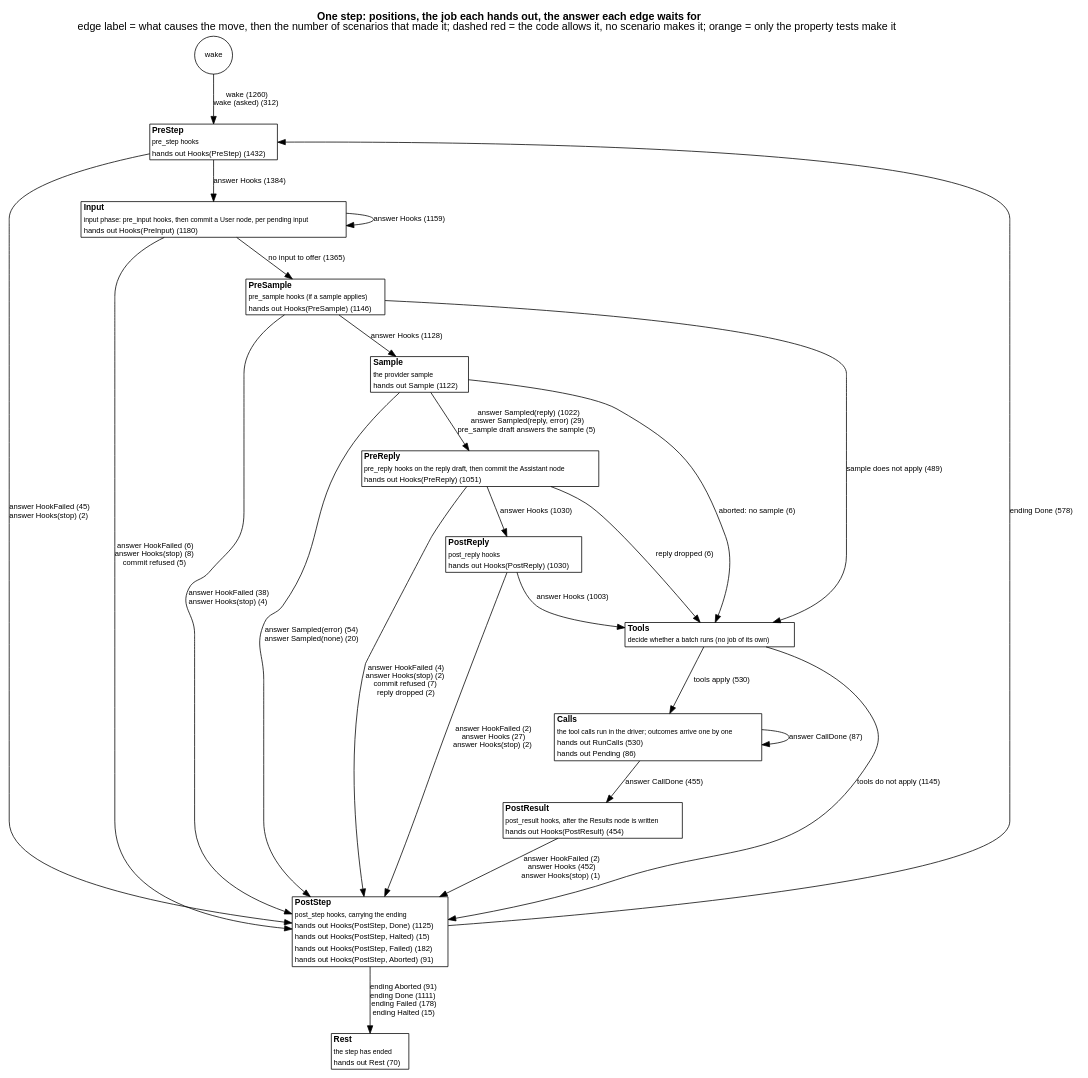
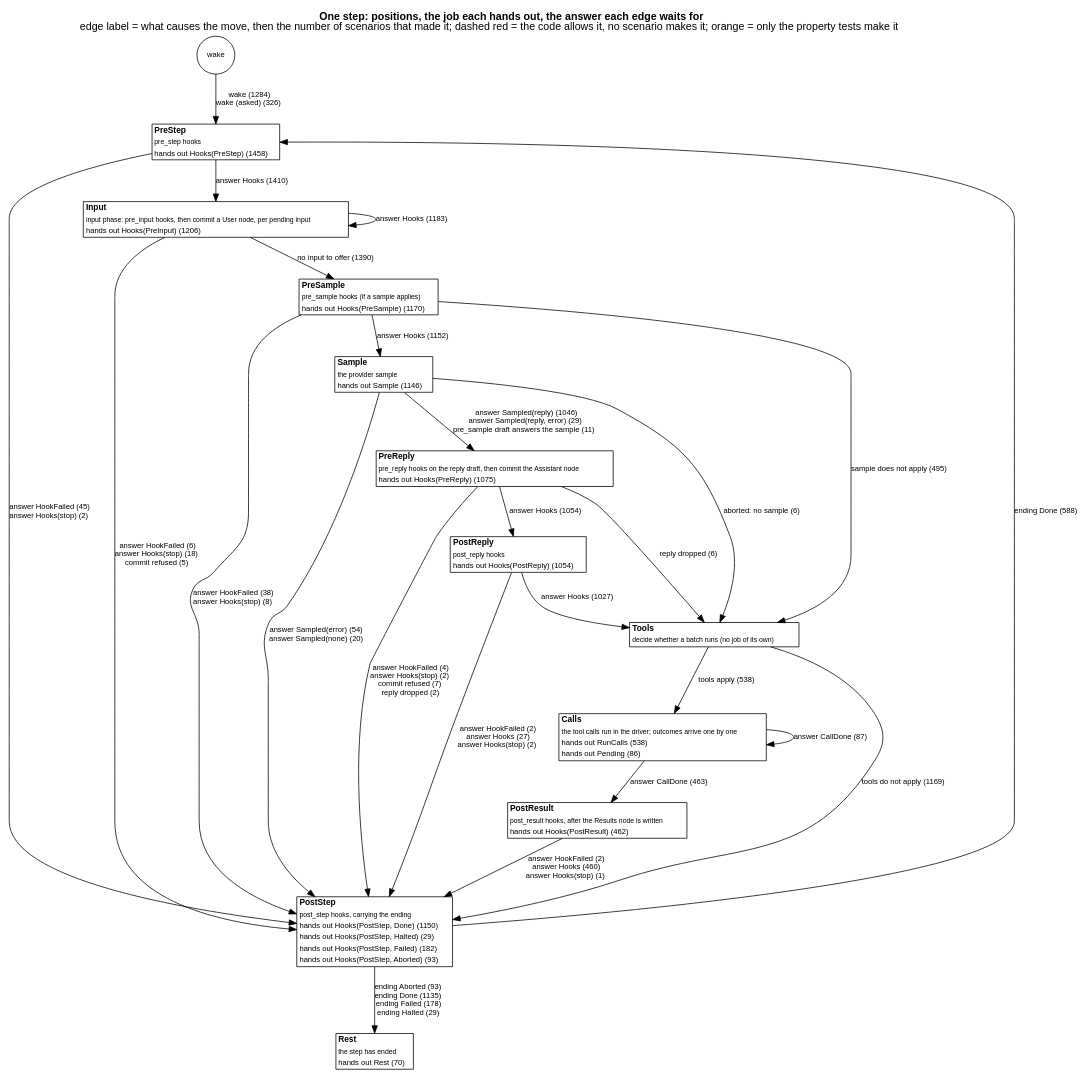
One commit to jmccardle/tau changed the diagram in docs/as-built/diagrams/step-positions.dot. Above: the diagram before and after it, drawn with Graphviz. The commit also changed 8 other files, not shown here.

```diff
--- a/docs/as-built/diagrams/step-positions.dot
+++ b/docs/as-built/diagrams/step-positions.dot
@@ -1,42 +1,42 @@
 // Generated by scripts/diagrams.sh from the test suites' transitions. Do not edit.
 digraph step_positions {
   graph [rankdir=TB, fontname="Helvetica", nodesep=0.5, ranksep=0.6, labelloc=t, label=<<b>One step: positions, the job each hands out, the answer each edge waits for</b><br/>edge label = what causes the move, then the number of scenarios that made it; dashed red = the code allows it, no scenario makes it; orange = only the property tests make it>];
   node [shape=plain, fontname="Helvetica", fontsize=11];
   edge [fontname="Helvetica", fontsize=10];
   "(wake)" [shape=circle, label="wake", fontsize=10];
-  "PreStep" [label=<<table border="1" cellborder="0" cellspacing="0" bgcolor="white"><tr><td align="left"><b>PreStep</b></td></tr><tr><td align="left"><font point-size="9">pre_step hooks</font></td></tr><tr><td align="left"><font color="black" point-size="10">hands out Hooks(PreStep) (1432)</font></td></tr></table>>];
-  "Input" [label=<<table border="1" cellborder="0" cellspacing="0" bgcolor="white"><tr><td align="left"><b>Input</b></td></tr><tr><td align="left"><font point-size="9">input phase: pre_input hooks, then commit a User node, per pending input</font></td></tr><tr><td align="left"><font color="black" point-size="10">hands out Hooks(PreInput) (1180)</font></td></tr></table>>];
-  "PreSample" [label=<<table border="1" cellborder="0" cellspacing="0" bgcolor="white"><tr><td align="left"><b>PreSample</b></td></tr><tr><td align="left"><font point-size="9">pre_sample hooks (if a sample applies)</font></td></tr><tr><td align="left"><font color="black" point-size="10">hands out Hooks(PreSample) (1146)</font></td></tr></table>>];
-  "Sample" [label=<<table border="1" cellborder="0" cellspacing="0" bgcolor="white"><tr><td align="left"><b>Sample</b></td></tr><tr><td align="left"><font point-size="9">the provider sample</font></td></tr><tr><td align="left"><font color="black" point-size="10">hands out Sample (1122)</font></td></tr></table>>];
-  "PreReply" [label=<<table border="1" cellborder="0" cellspacing="0" bgcolor="white"><tr><td align="left"><b>PreReply</b></td></tr><tr><td align="left"><font point-size="9">pre_reply hooks on the reply draft, then commit the Assistant node</font></td></tr><tr><td align="left"><font color="black" point-size="10">hands out Hooks(PreReply) (1051)</font></td></tr></table>>];
-  "PostReply" [label=<<table border="1" cellborder="0" cellspacing="0" bgcolor="white"><tr><td align="left"><b>PostReply</b></td></tr><tr><td align="left"><font point-size="9">post_reply hooks</font></td></tr><tr><td align="left"><font color="black" point-size="10">hands out Hooks(PostReply) (1030)</font></td></tr></table>>];
+  "PreStep" [label=<<table border="1" cellborder="0" cellspacing="0" bgcolor="white"><tr><td align="left"><b>PreStep</b></td></tr><tr><td align="left"><font point-size="9">pre_step hooks</font></td></tr><tr><td align="left"><font color="black" point-size="10">hands out Hooks(PreStep) (1458)</font></td></tr></table>>];
+  "Input" [label=<<table border="1" cellborder="0" cellspacing="0" bgcolor="white"><tr><td align="left"><b>Input</b></td></tr><tr><td align="left"><font point-size="9">input phase: pre_input hooks, then commit a User node, per pending input</font></td></tr><tr><td align="left"><font color="black" point-size="10">hands out Hooks(PreInput) (1206)</font></td></tr></table>>];
+  "PreSample" [label=<<table border="1" cellborder="0" cellspacing="0" bgcolor="white"><tr><td align="left"><b>PreSample</b></td></tr><tr><td align="left"><font point-size="9">pre_sample hooks (if a sample applies)</font></td></tr><tr><td align="left"><font color="black" point-size="10">hands out Hooks(PreSample) (1170)</font></td></tr></table>>];
+  "Sample" [label=<<table border="1" cellborder="0" cellspacing="0" bgcolor="white"><tr><td align="left"><b>Sample</b></td></tr><tr><td align="left"><font point-size="9">the provider sample</font></td></tr><tr><td align="left"><font color="black" point-size="10">hands out Sample (1146)</font></td></tr></table>>];
+  "PreReply" [label=<<table border="1" cellborder="0" cellspacing="0" bgcolor="white"><tr><td align="left"><b>PreReply</b></td></tr><tr><td align="left"><font point-size="9">pre_reply hooks on the reply draft, then commit the Assistant node</font></td></tr><tr><td align="left"><font color="black" point-size="10">hands out Hooks(PreReply) (1075)</font></td></tr></table>>];
+  "PostReply" [label=<<table border="1" cellborder="0" cellspacing="0" bgcolor="white"><tr><td align="left"><b>PostReply</b></td></tr><tr><td align="left"><font point-size="9">post_reply hooks</font></td></tr><tr><td align="left"><font color="black" point-size="10">hands out Hooks(PostReply) (1054)</font></td></tr></table>>];
   "Tools" [label=<<table border="1" cellborder="0" cellspacing="0" bgcolor="white"><tr><td align="left"><b>Tools</b></td></tr><tr><td align="left"><font point-size="9">decide whether a batch runs (no job of its own)</font></td></tr></table>>];
-  "Calls" [label=<<table border="1" cellborder="0" cellspacing="0" bgcolor="white"><tr><td align="left"><b>Calls</b></td></tr><tr><td align="left"><font point-size="9">the tool calls run in the driver; outcomes arrive one by one</font></td></tr><tr><td align="left"><font color="black" point-size="10">hands out RunCalls (530)</font></td></tr><tr><td align="left"><font color="black" point-size="10">hands out Pending (86)</font></td></tr></table>>];
-  "PostResult" [label=<<table border="1" cellborder="0" cellspacing="0" bgcolor="white"><tr><td align="left"><b>PostResult</b></td></tr><tr><td align="left"><font point-size="9">post_result hooks, after the Results node is written</font></td></tr><tr><td align="left"><font color="black" point-size="10">hands out Hooks(PostResult) (454)</font></td></tr></table>>];
-  "PostStep" [label=<<table border="1" cellborder="0" cellspacing="0" bgcolor="white"><tr><td align="left"><b>PostStep</b></td></tr><tr><td align="left"><font point-size="9">post_step hooks, carrying the ending</font></td></tr><tr><td align="left"><font color="black" point-size="10">hands out Hooks(PostStep, Done) (1125)</font></td></tr><tr><td align="left"><font color="black" point-size="10">hands out Hooks(PostStep, Halted) (15)</font></td></tr><tr><td align="left"><font color="black" point-size="10">hands out Hooks(PostStep, Failed) (182)</font></td></tr><tr><td align="left"><font color="black" point-size="10">hands out Hooks(PostStep, Aborted) (91)</font></td></tr></table>>];
+  "Calls" [label=<<table border="1" cellborder="0" cellspacing="0" bgcolor="white"><tr><td align="left"><b>Calls</b></td></tr><tr><td align="left"><font point-size="9">the tool calls run in the driver; outcomes arrive one by one</font></td></tr><tr><td align="left"><font color="black" point-size="10">hands out RunCalls (538)</font></td></tr><tr><td align="left"><font color="black" point-size="10">hands out Pending (86)</font></td></tr></table>>];
+  "PostResult" [label=<<table border="1" cellborder="0" cellspacing="0" bgcolor="white"><tr><td align="left"><b>PostResult</b></td></tr><tr><td align="left"><font point-size="9">post_result hooks, after the Results node is written</font></td></tr><tr><td align="left"><font color="black" point-size="10">hands out Hooks(PostResult) (462)</font></td></tr></table>>];
+  "PostStep" [label=<<table border="1" cellborder="0" cellspacing="0" bgcolor="white"><tr><td align="left"><b>PostStep</b></td></tr><tr><td align="left"><font point-size="9">post_step hooks, carrying the ending</font></td></tr><tr><td align="left"><font color="black" point-size="10">hands out Hooks(PostStep, Done) (1150)</font></td></tr><tr><td align="left"><font color="black" point-size="10">hands out Hooks(PostStep, Halted) (29)</font></td></tr><tr><td align="left"><font color="black" point-size="10">hands out Hooks(PostStep, Failed) (182)</font></td></tr><tr><td align="left"><font color="black" point-size="10">hands out Hooks(PostStep, Aborted) (93)</font></td></tr></table>>];
   "Rest" [label=<<table border="1" cellborder="0" cellspacing="0" bgcolor="white"><tr><td align="left"><b>Rest</b></td></tr><tr><td align="left"><font point-size="9">the step has ended</font></td></tr><tr><td align="left"><font color="black" point-size="10">hands out Rest (70)</font></td></tr></table>>];
-  "(wake)" -> "PreStep" [label=<wake (1260)<br/>wake (asked) (312)>, color="black", style=solid];
+  "(wake)" -> "PreStep" [label=<wake (1284)<br/>wake (asked) (326)>, color="black", style=solid];
   "Calls" -> "Calls" [label=<answer CallDone (87)>, color="black", style=solid];
-  "Calls" -> "PostResult" [label=<answer CallDone (455)>, color="black", style=solid];
-  "Input" -> "Input" [label=<answer Hooks (1159)>, color="black", style=solid];
-  "Input" -> "PostStep" [label=<answer HookFailed (6)<br/>answer Hooks(stop) (8)<br/>commit refused (5)>, color="black", style=solid];
-  "Input" -> "PreSample" [label=<no input to offer (1365)>, color="black", style=solid];
+  "Calls" -> "PostResult" [label=<answer CallDone (463)>, color="black", style=solid];
+  "Input" -> "Input" [label=<answer Hooks (1183)>, color="black", style=solid];
+  "Input" -> "PostStep" [label=<answer HookFailed (6)<br/>answer Hooks(stop) (18)<br/>commit refused (5)>, color="black", style=solid];
+  "Input" -> "PreSample" [label=<no input to offer (1390)>, color="black", style=solid];
   "PostReply" -> "PostStep" [label=<answer HookFailed (2)<br/>answer Hooks (27)<br/>answer Hooks(stop) (2)>, color="black", style=solid];
-  "PostReply" -> "Tools" [label=<answer Hooks (1003)>, color="black", style=solid];
-  "PostResult" -> "PostStep" [label=<answer HookFailed (2)<br/>answer Hooks (452)<br/>answer Hooks(stop) (1)>, color="black", style=solid];
-  "PostStep" -> "PreStep" [label=<ending Done (578)>, color="black", style=solid];
-  "PostStep" -> "Rest" [label=<ending Aborted (91)<br/>ending Done (1111)<br/>ending Failed (178)<br/>ending Halted (15)>, color="black", style=solid];
-  "PreReply" -> "PostReply" [label=<answer Hooks (1030)>, color="black", style=solid];
+  "PostReply" -> "Tools" [label=<answer Hooks (1027)>, color="black", style=solid];
+  "PostResult" -> "PostStep" [label=<answer HookFailed (2)<br/>answer Hooks (460)<br/>answer Hooks(stop) (1)>, color="black", style=solid];
+  "PostStep" -> "PreStep" [label=<ending Done (588)>, color="black", style=solid];
+  "PostStep" -> "Rest" [label=<ending Aborted (93)<br/>ending Done (1135)<br/>ending Failed (178)<br/>ending Halted (29)>, color="black", style=solid];
+  "PreReply" -> "PostReply" [label=<answer Hooks (1054)>, color="black", style=solid];
   "PreReply" -> "PostStep" [label=<answer HookFailed (4)<br/>answer Hooks(stop) (2)<br/>commit refused (7)<br/>reply dropped (2)>, color="black", style=solid];
   "PreReply" -> "Tools" [label=<reply dropped (6)>, color="black", style=solid];
-  "PreSample" -> "PostStep" [label=<answer HookFailed (38)<br/>answer Hooks(stop) (4)>, color="black", style=solid];
-  "PreSample" -> "Sample" [label=<answer Hooks (1128)>, color="black", style=solid];
-  "PreSample" -> "Tools" [label=<sample does not apply (489)>, color="black", style=solid];
-  "PreStep" -> "Input" [label=<answer Hooks (1384)>, color="black", style=solid];
+  "PreSample" -> "PostStep" [label=<answer HookFailed (38)<br/>answer Hooks(stop) (8)>, color="black", style=solid];
+  "PreSample" -> "Sample" [label=<answer Hooks (1152)>, color="black", style=solid];
+  "PreSample" -> "Tools" [label=<sample does not apply (495)>, color="black", style=solid];
+  "PreStep" -> "Input" [label=<answer Hooks (1410)>, color="black", style=solid];
   "PreStep" -> "PostStep" [label=<answer HookFailed (45)<br/>answer Hooks(stop) (2)>, color="black", style=solid];
   "Sample" -> "PostStep" [label=<answer Sampled(error) (54)<br/>answer Sampled(none) (20)>, color="black", style=solid];
-  "Sample" -> "PreReply" [label=<answer Sampled(reply) (1022)<br/>answer Sampled(reply, error) (29)<br/>pre_sample draft answers the sample (5)>, color="black", style=solid];
+  "Sample" -> "PreReply" [label=<answer Sampled(reply) (1046)<br/>answer Sampled(reply, error) (29)<br/>pre_sample draft answers the sample (11)>, color="black", style=solid];
   "Sample" -> "Tools" [label=<aborted: no sample (6)>, color="black", style=solid];
-  "Tools" -> "Calls" [label=<tools apply (530)>, color="black", style=solid];
-  "Tools" -> "PostStep" [label=<tools do not apply (1145)>, color="black", style=solid];
+  "Tools" -> "Calls" [label=<tools apply (538)>, color="black", style=solid];
+  "Tools" -> "PostStep" [label=<tools do not apply (1169)>, color="black", style=solid];
 }
```
